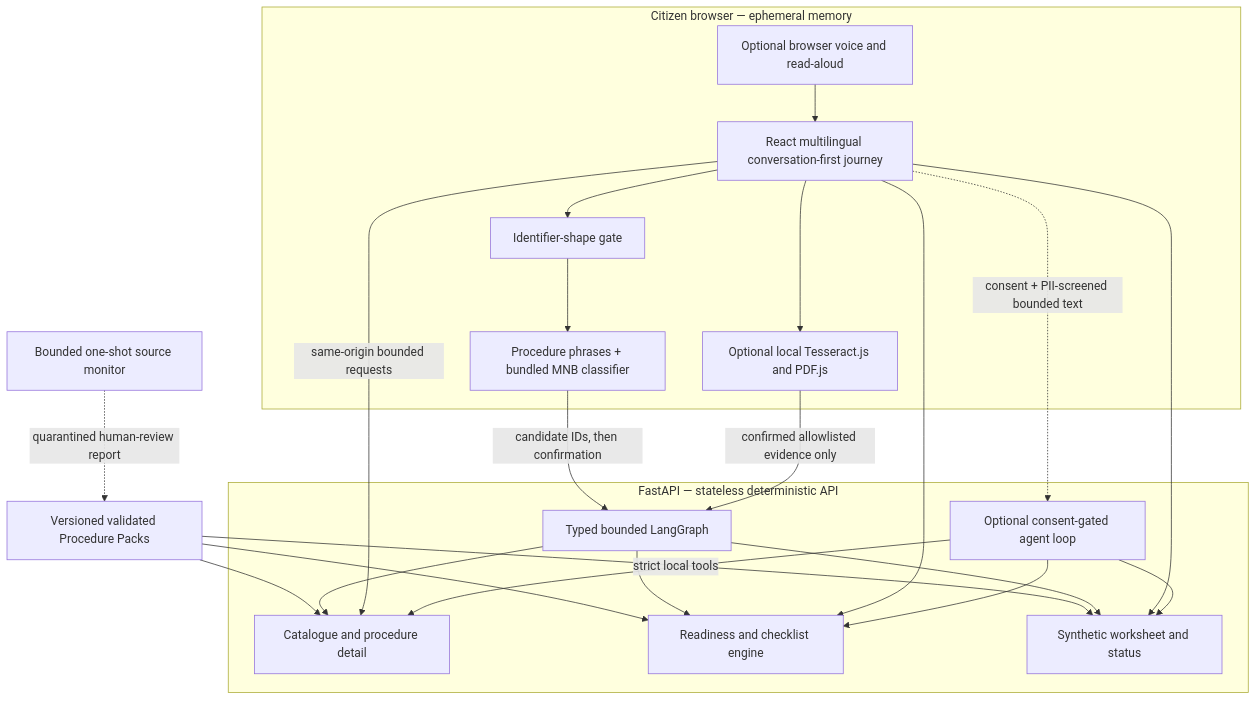
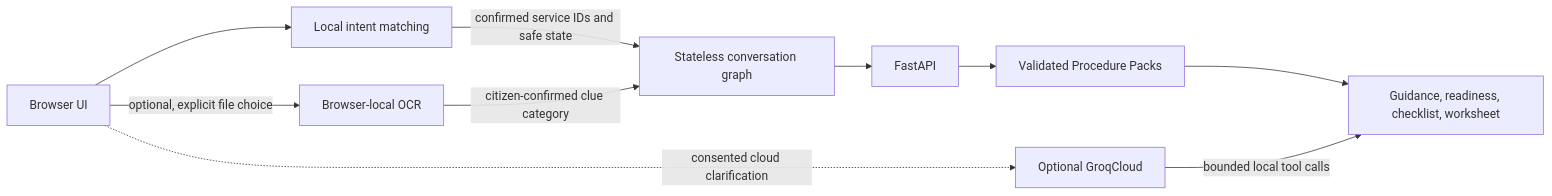
The diagram in docs/architecture.md (ima-a/Sahayi), drawn with Mermaid before and after one commit. The commit also changed other lines of this file and 15 other files, not shown here.

````diff
--- a/docs/architecture.md
+++ b/docs/architecture.md
@@ -5,37 +5,12 @@
 ```mermaid
-flowchart TB
-    subgraph Browser[Citizen browser — ephemeral memory]
-      UI[React multilingual conversation-first journey]
-      Voice[Optional browser voice and read-aloud]
-      OCR[Optional local Tesseract.js and PDF.js]
-      Gate[Identifier-shape gate]
-      Match[Procedure phrases + bundled MNB classifier]
-      Voice --> UI --> Gate --> Match
-      UI --> OCR
-    end
-
-    subgraph Server[FastAPI — stateless deterministic API]
-      Catalogue[Catalogue and procedure detail]
-      Readiness[Readiness and checklist engine]
-      Demo[Synthetic worksheet and status]
-      Agent[Optional consent-gated agent loop]
-      Graph[Typed bounded LangGraph]
-    end
-
-    Packs[Versioned validated Procedure Packs] --> Catalogue
-    Packs --> Readiness
-    Packs --> Demo
-    Match -->|candidate IDs, then confirmation| Graph
-    OCR -->|confirmed allowlisted evidence only| Graph
-    Graph --> Catalogue
-    Graph --> Readiness
-    Graph --> Demo
-    UI -->|same-origin bounded requests| Catalogue
-    UI --> Readiness
-    UI --> Demo
-    UI -. consent + PII-screened bounded text .-> Agent
-    Agent -->|strict local tools| Catalogue
-    Agent --> Readiness
-    Agent --> Demo
-    Monitor[Bounded one-shot source monitor] -. quarantined human-review report .-> Packs
+flowchart LR
+    C[Browser UI] --> M[Local intent matching]
+    C -->|optional, explicit file choice| O[Browser-local OCR]
+    M -->|confirmed service IDs and safe state| G[Stateless conversation graph]
+    O -->|citizen-confirmed clue category| G
+    G --> A[FastAPI]
+    A --> P[Validated Procedure Packs]
+    P --> R[Guidance, readiness, checklist, worksheet]
+    C -. consented cloud clarification .-> AI[Optional GroqCloud]
+    AI -->|bounded local tool calls| R
 ```
````
